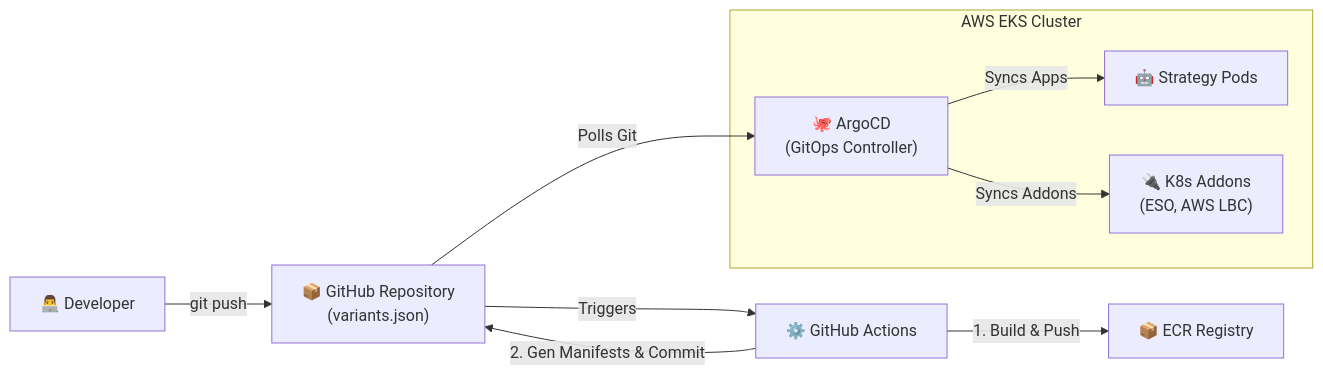
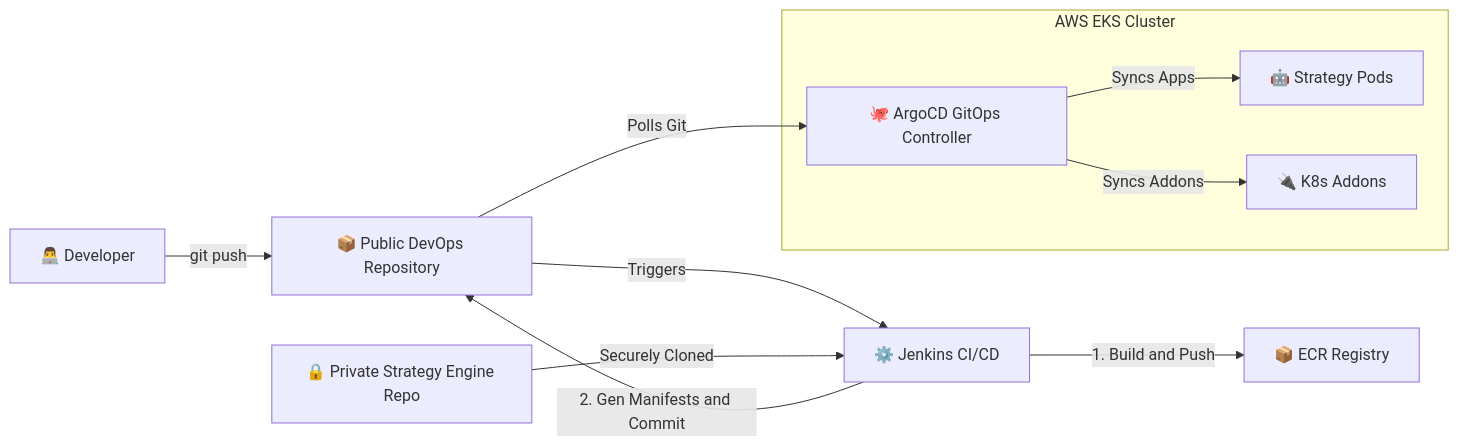
The first of 4 diagrams in flowchart/flowchart.md (kaushalpatil205/algofleet-orchestrator), drawn with Mermaid before and after one commit. The commit also changed other lines of this file and 1 other file, not shown here.

Commit message:
docs: remove specific strategy and instrument names, integrate Jenkins and Ansible, fix Mermaid syntax

````diff
--- a/flowchart/flowchart.md
+++ b/flowchart/flowchart.md
@@ -7,15 +7,19 @@
 ```mermaid
 flowchart LR
-    DEV["👨‍💻 Developer"] -->|git push| REPO["📦 GitHub Repository\n(variants.json)"]
-    REPO -->|Triggers| GHA["⚙️ GitHub Actions"]
+    DEV["👨‍💻 Developer"] -->|git push| REPO["📦 Public DevOps Repository"]
     
-    GHA -->|1. Build & Push| ECR["📦 ECR Registry"]
-    GHA -->|2. Gen Manifests & Commit| REPO
+    PRIV_REPO["🔒 Private Strategy Engine Repo"]
     
-    REPO -->|Polls Git| ARGO["🐙 ArgoCD\n(GitOps Controller)"]
+    REPO -->|Triggers| JENKINS["⚙️ Jenkins CI/CD"]
+    PRIV_REPO -->|Securely Cloned| JENKINS
+    
+    JENKINS -->|1. Build and Push| ECR["📦 ECR Registry"]
+    JENKINS -->|2. Gen Manifests and Commit| REPO
+    
+    REPO -->|Polls Git| ARGO["🐙 ArgoCD GitOps Controller"]
     
     subgraph "AWS EKS Cluster"
         ARGO -->|Syncs Apps| BOTS["🤖 Strategy Pods"]
-        ARGO -->|Syncs Addons| ADDONS["🔌 K8s Addons\n(ESO, AWS LBC)"]
+        ARGO -->|Syncs Addons| ADDONS["🔌 K8s Addons"]
     end
 ```
````
